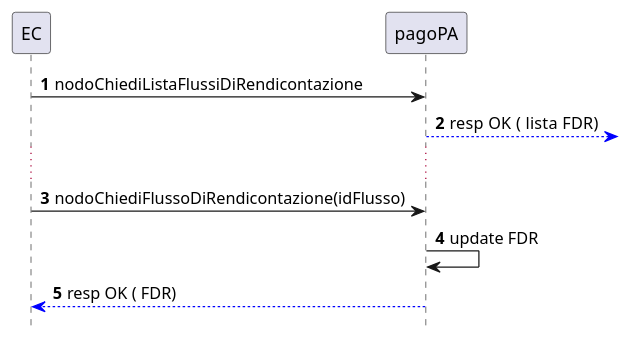
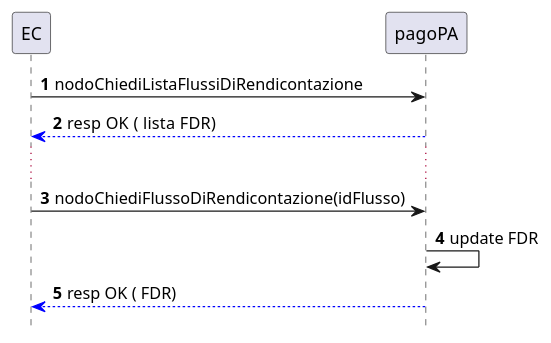
Before and after one commit to pagopa-archive/pagopa-specifichepagamenti-docs: the diagram in puml-diagrams/sd_ec_richiesta_flussi.puml, drawn with PlantUML. The commit also changed 8 other files, not shown here.

Commit message:
+ sez3 - diagrams updated + minor TBD resolved + some notes

```diff
--- a/puml-diagrams/sd_ec_richiesta_flussi.puml
+++ b/puml-diagrams/sd_ec_richiesta_flussi.puml
@@ -1,14 +1,14 @@
 @startuml
 hide footbox
 autonumber
 
 participant ec as "EC"
 participant pagopa as "pagoPA"
 
 ec -> pagopa : nodoChiediListaFlussiDiRendicontazione 
-pagopa -[#blue]-> : resp OK  ( lista FDR)
+pagopa -[#blue]-> ec : resp OK  ( lista FDR)
 ...
 ec -> pagopa: nodoChiediFlussoDiRendicontazione(idFlusso)
 pagopa -> pagopa : update FDR
 pagopa -[#blue]-> ec : resp OK ( FDR)
 @enduml
```
